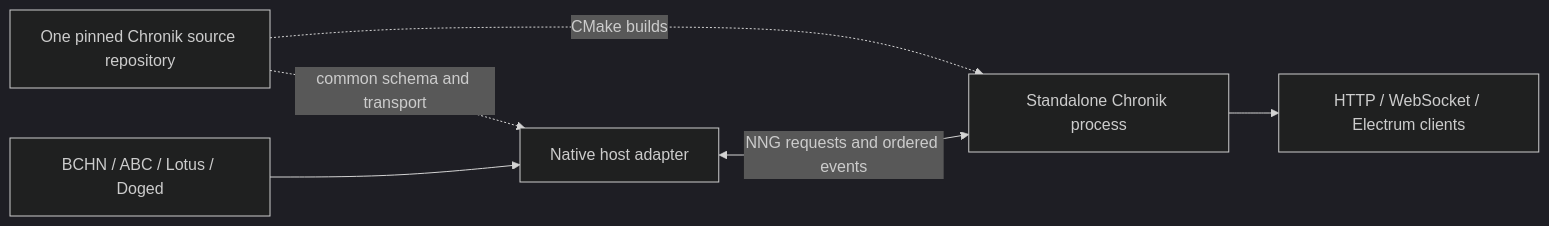
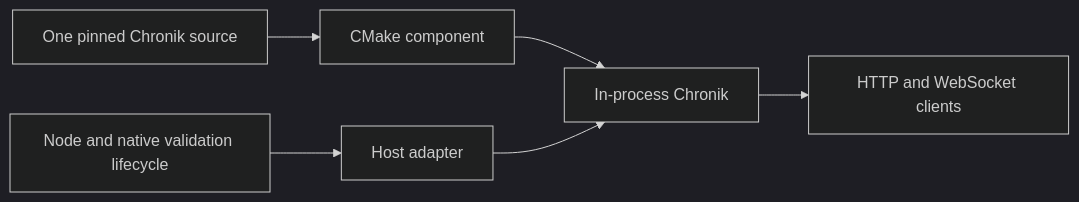
One commit to givelotus/lotus changed the diagram in daemon/docs/shared-chronik-source-and-hosts.md. Above: the diagram before and after it, drawn with Mermaid (dark theme). The commit also changed other lines of this file and 1 other file, not shown here.

Commit message:
Clarify embedded shared Chronik and per-chain Script integer rules

````diff
--- a/daemon/docs/shared-chronik-source-and-hosts.md
+++ b/daemon/docs/shared-chronik-source-and-hosts.md
@@ -56,8 +71,8 @@
 ```mermaid
 flowchart LR
-  Shared[One pinned Chronik source repository] -. CMake builds .-> Service[Standalone Chronik process]
-  Shared -. common schema and transport .-> Adapter[Native host adapter]
-  Node[BCHN / ABC / Lotus / Doged] --> Adapter
-  Adapter <-->|NNG requests and ordered events| Service
-  Service --> Clients[HTTP / WebSocket / Electrum clients]
+  Source[One pinned Chronik source] --> Build[CMake component]
+  Host[Node and native validation lifecycle] --> Adapter[Host adapter]
+  Build --> Embedded[In-process Chronik]
+  Adapter --> Embedded
+  Embedded --> Clients[HTTP and WebSocket clients]
 ```
````
